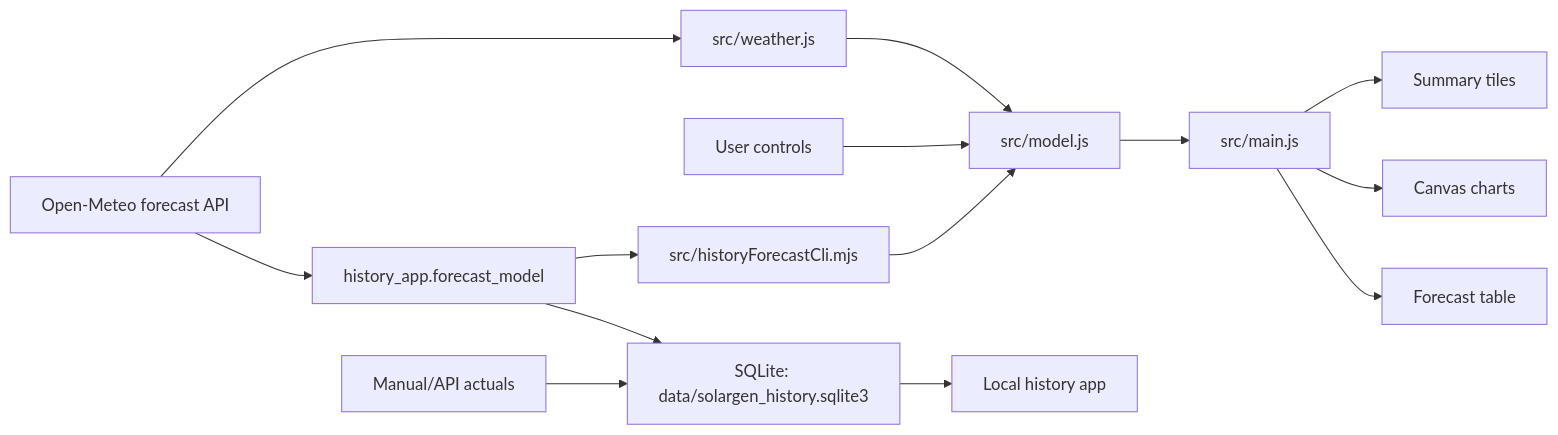
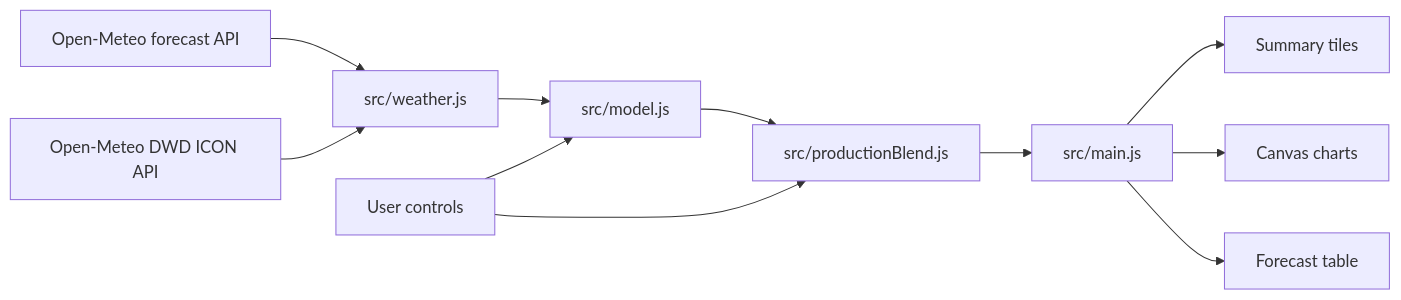
The first of 2 diagrams in docs/solution-architecture.md (quantbj/SolarGen), drawn with Mermaid before and after one commit. The commit also changed other lines of this file and 19 other files, not shown here.

Commit message:
Align browser and docs with production blend

````diff
--- a/docs/solution-architecture.md
+++ b/docs/solution-architecture.md
@@ -7,16 +10,13 @@
 ```mermaid
 flowchart LR
   A["Open-Meteo forecast API"] --> B["src/weather.js"]
+  DWD["Open-Meteo DWD ICON API"] --> B
   B --> C["src/model.js"]
+  C --> P["src/productionBlend.js"]
   D["User controls"] --> C
-  C --> E["src/main.js"]
+  D --> P
+  P --> E["src/main.js"]
   E --> F["Summary tiles"]
   E --> G["Canvas charts"]
   E --> H["Forecast table"]
-  A --> I["history_app.forecast_model"]
-  I --> M["src/historyForecastCli.mjs"]
-  M --> C
-  I --> J["SQLite: data/solargen_history.sqlite3"]
-  K["Manual/API actuals"] --> J
-  J --> L["Local history app"]
 ```
````
